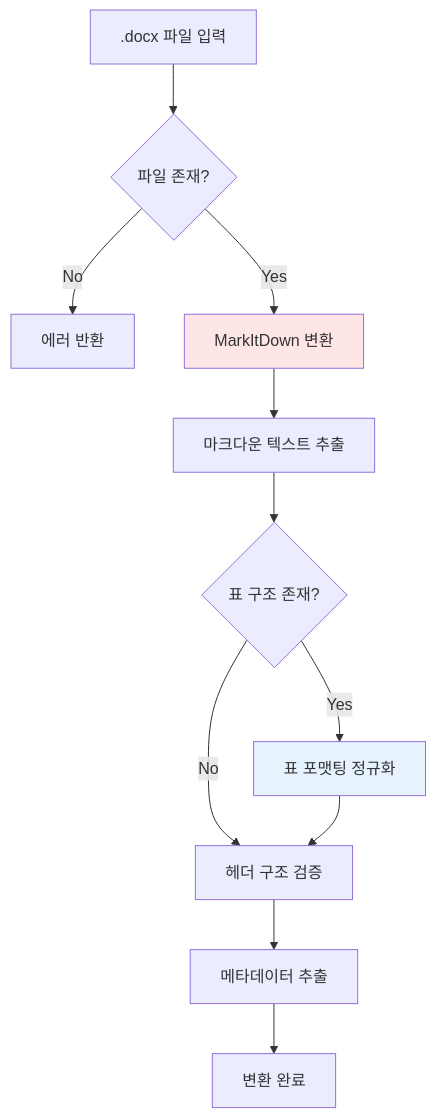
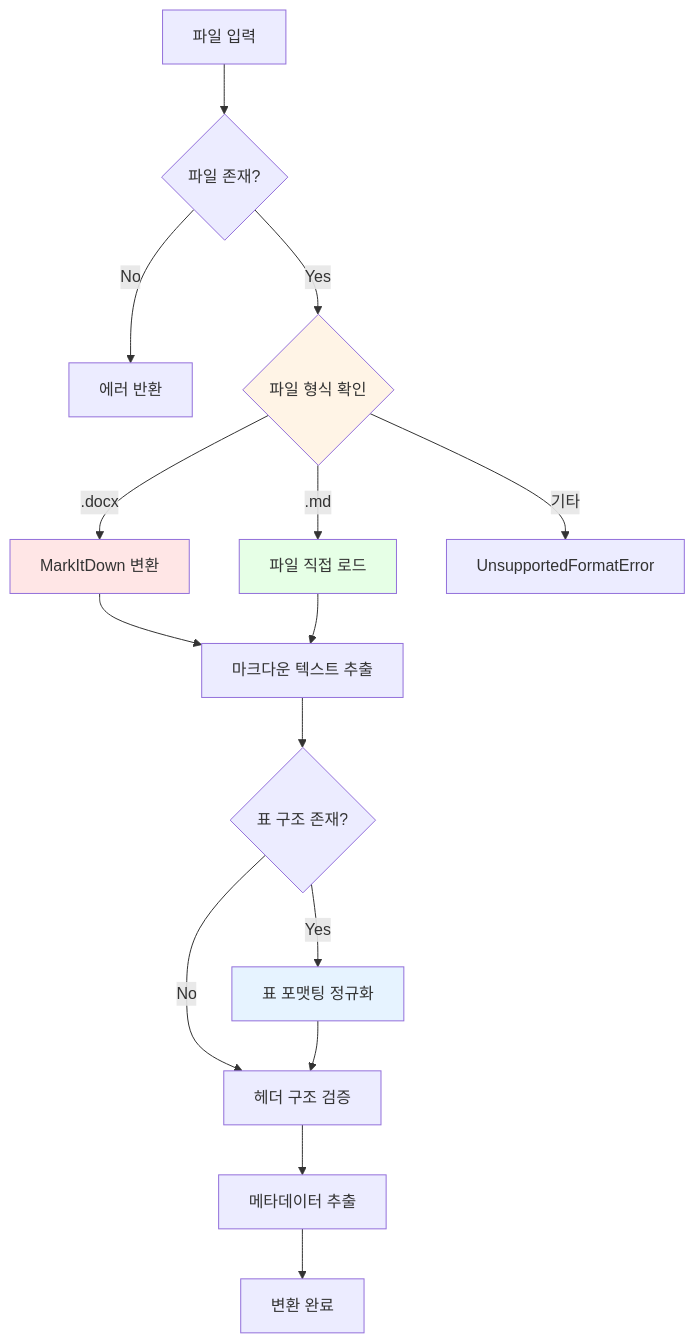
Before and after one commit to laurus-kpa007/Light-Graph-RAG: the second of 11 diagrams in docs/02_모듈별_상세_설계.md, drawn with Mermaid. The commit also changed other lines of this file and 4 other files, not shown here.

````diff
--- a/docs/02_모듈별_상세_설계.md
+++ b/docs/02_모듈별_상세_설계.md
@@ -89,16 +127,25 @@
 ```mermaid
 flowchart TD
-    A[.docx 파일 입력] --> B{파일 존재?}
+    A[파일 입력] --> B{파일 존재?}
     B -->|No| C[에러 반환]
-    B -->|Yes| D[MarkItDown 변환]
-    D --> E[마크다운 텍스트 추출]
-    E --> F{표 구조 존재?}
-    F -->|Yes| G[표 포맷팅 정규화]
-    F -->|No| H[헤더 구조 검증]
-    G --> H
-    H --> I[메타데이터 추출]
-    I --> J[변환 완료]
+    B -->|Yes| D{파일 형식 확인}
 
-    style D fill:#ffe6e6
-    style G fill:#e6f3ff
+    D -->|.docx| E[MarkItDown 변환]
+    D -->|.md| F[파일 직접 로드]
+    D -->|기타| G[UnsupportedFormatError]
+
+    E --> H[마크다운 텍스트 추출]
+    F --> H
+
+    H --> I{표 구조 존재?}
+    I -->|Yes| J[표 포맷팅 정규화]
+    I -->|No| K[헤더 구조 검증]
+    J --> K
+    K --> L[메타데이터 추출]
+    L --> M[변환 완료]
+
+    style D fill:#fff4e6
+    style E fill:#ffe6e6
+    style F fill:#e6ffe6
+    style J fill:#e6f3ff
 ```
````
